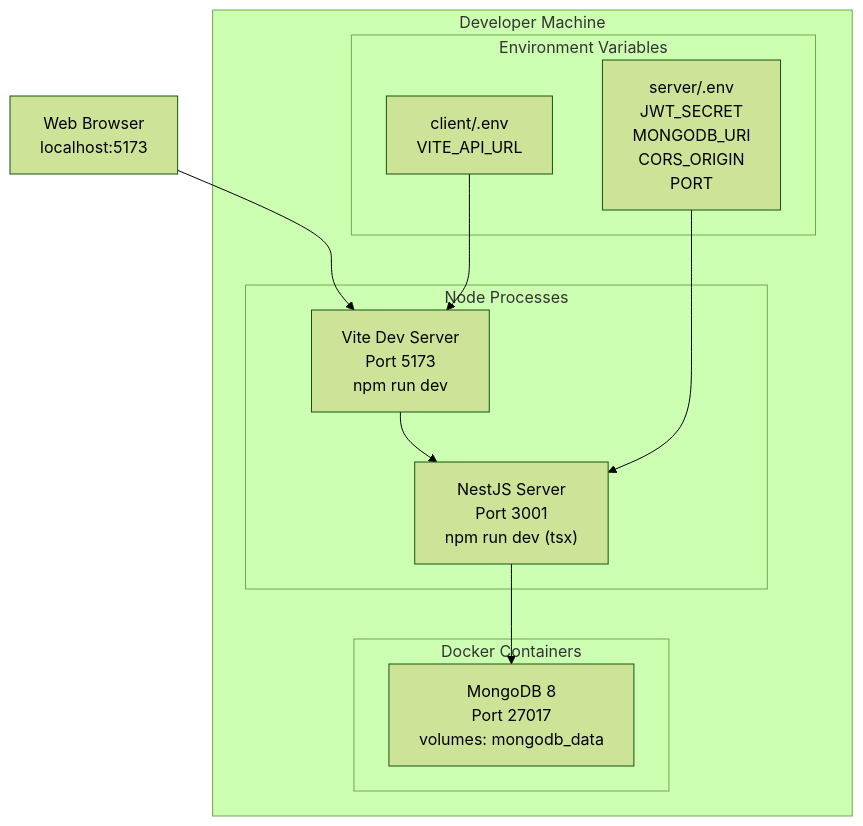
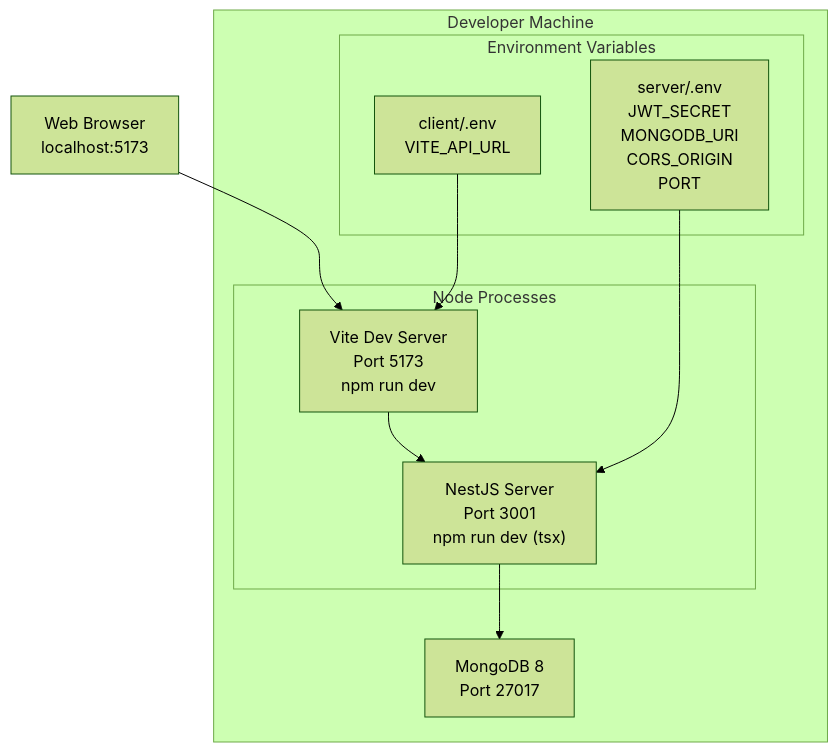
Diagram 25 of 30 in docs/SDD.md (nghiaxh/hr-management), drawn with Mermaid (forest theme) before and after one commit. The commit also changed other lines of this file and 2 other files, not shown here.

Commit message:
docs: remove Docker references from design documents

````diff
--- a/docs/SDD.md
+++ b/docs/SDD.md
@@ -1443,24 +1378,22 @@
 ```mermaid
 graph TB
     subgraph "Developer Machine"
-        subgraph "Docker Containers"
-            MCON["MongoDB 8<br/>Port 27017<br/>volumes: mongodb_data"]
-        end
+        MCON["MongoDB 8<br/>Port 27017"]
 
         subgraph "Node Processes"
             SRV["NestJS Server<br/>Port 3001<br/>npm run dev (tsx)"]
             CLT["Vite Dev Server<br/>Port 5173<br/>npm run dev"]
         end
 
         subgraph "Environment Variables"
             ENV["server/.env<br/>JWT_SECRET<br/>MONGODB_URI<br/>CORS_ORIGIN<br/>PORT"]
             CLT_ENV["client/.env<br/>VITE_API_URL"]
         end
     end
 
     BROWSER[Web Browser<br/>localhost:5173] --> CLT
     CLT --> SRV
     SRV --> MCON
     ENV --> SRV
     CLT_ENV --> CLT
 ```
````
